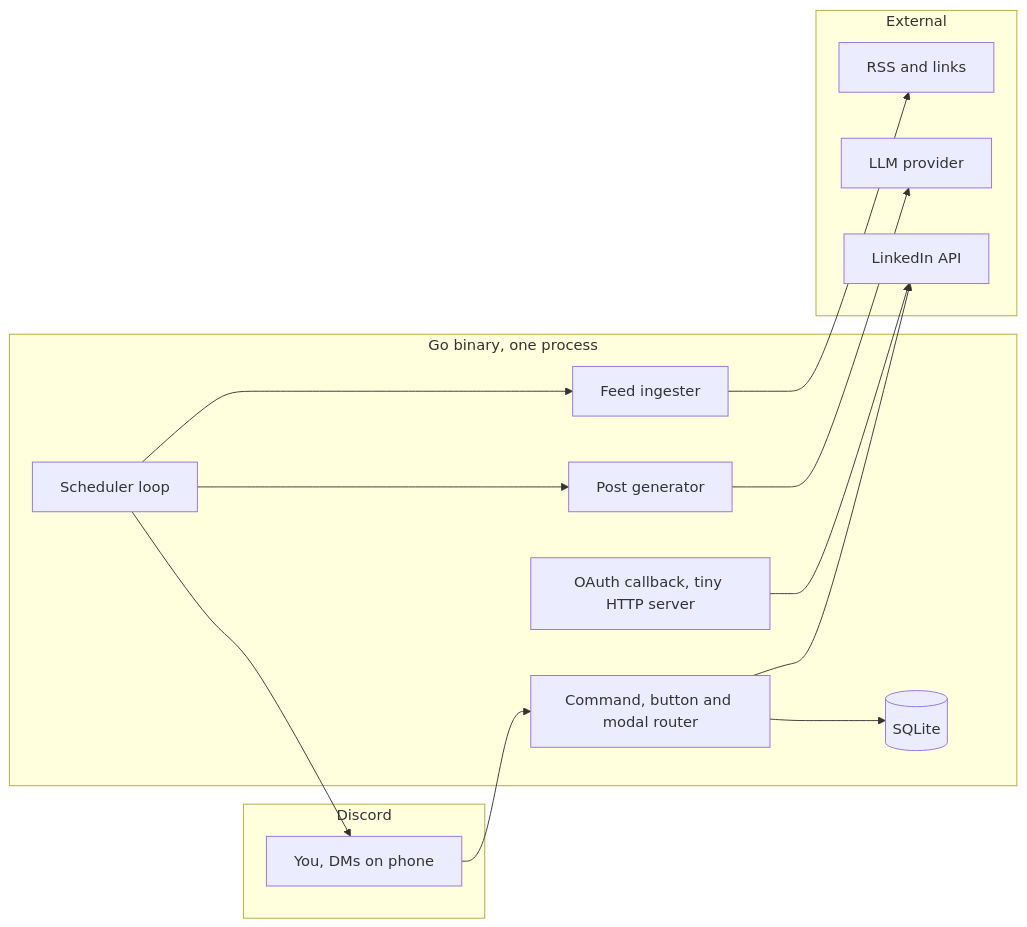
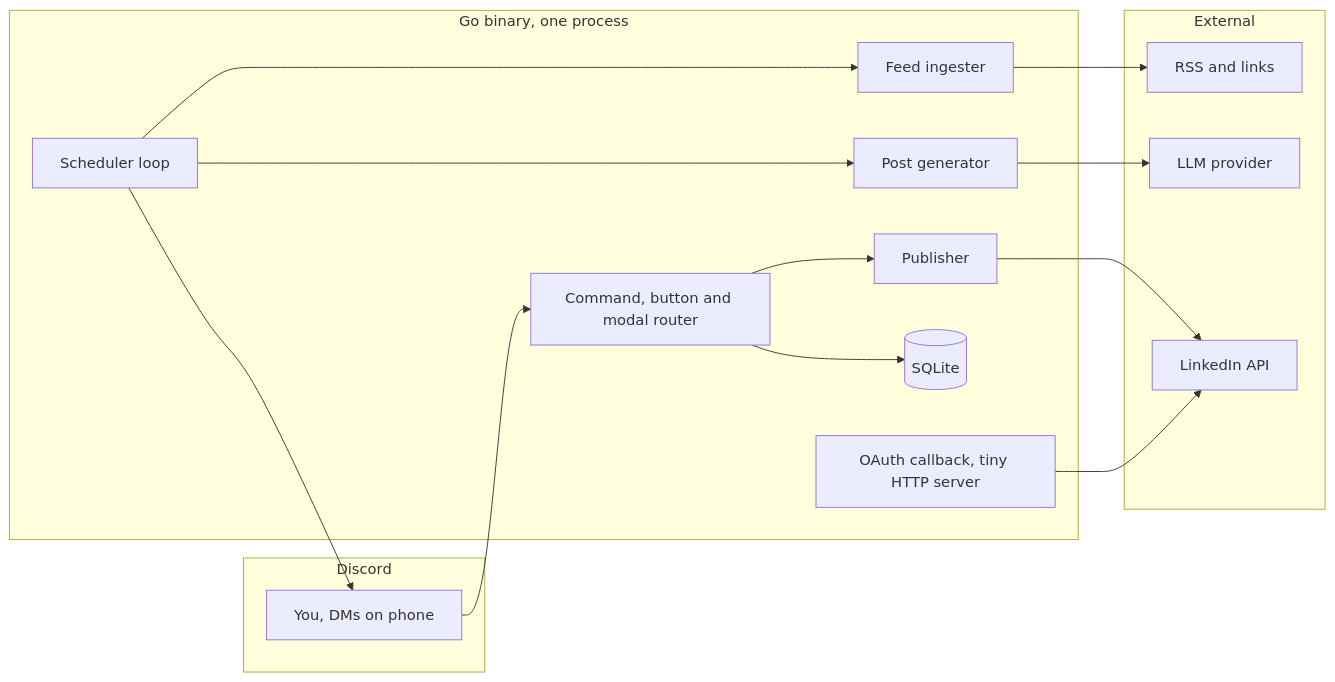
Before and after one commit to PraisejahOsumgbaBenson/pulse: the diagram in README.md, drawn with Mermaid. The commit also changed other lines of this file and 25 other files, not shown here.

````diff
--- a/README.md
+++ b/README.md
@@ -9,26 +9,27 @@
 ```mermaid
 flowchart LR
     subgraph Discord
         DM[You, DMs on phone]
     end
     subgraph Bot[Go binary, one process]
         Router[Command, button and modal router]
         Scheduler[Scheduler loop]
         Feeds[Feed ingester]
         Gen[Post generator]
+        Pub[Publisher]
         Store[(SQLite)]
         OAuth[OAuth callback, tiny HTTP server]
     end
     subgraph External
         RSS[RSS and links]
         LLM[LLM provider]
         LIN[LinkedIn API]
     end
     DM --> Router
     Scheduler --> Feeds --> RSS
     Scheduler --> Gen --> LLM
     Scheduler --> DM
     Router --> Store
-    Router --> LIN
+    Router --> Pub --> LIN
     OAuth --> LIN
 ```
````
